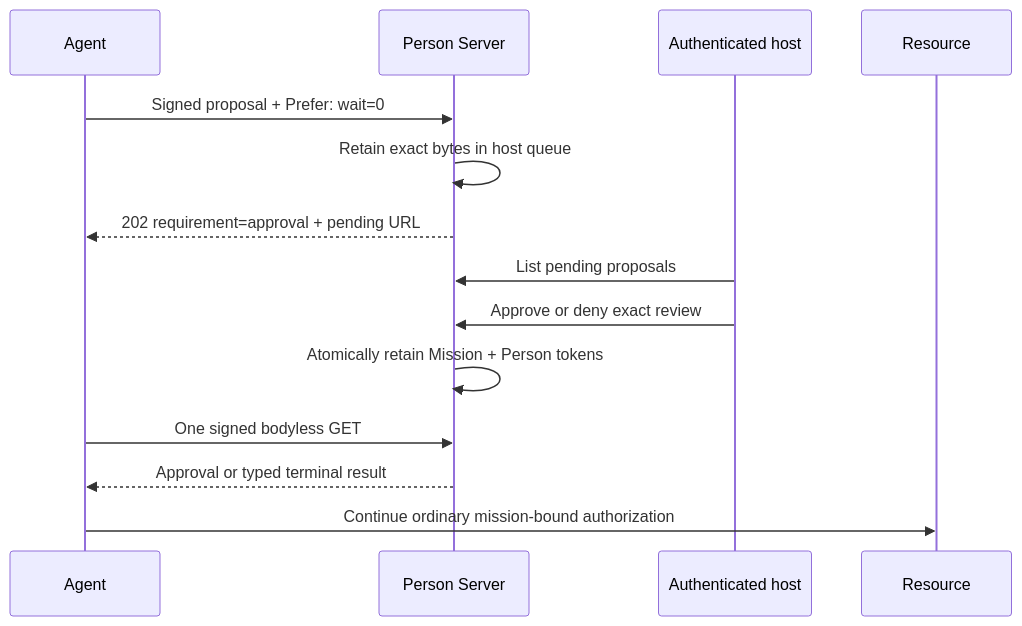
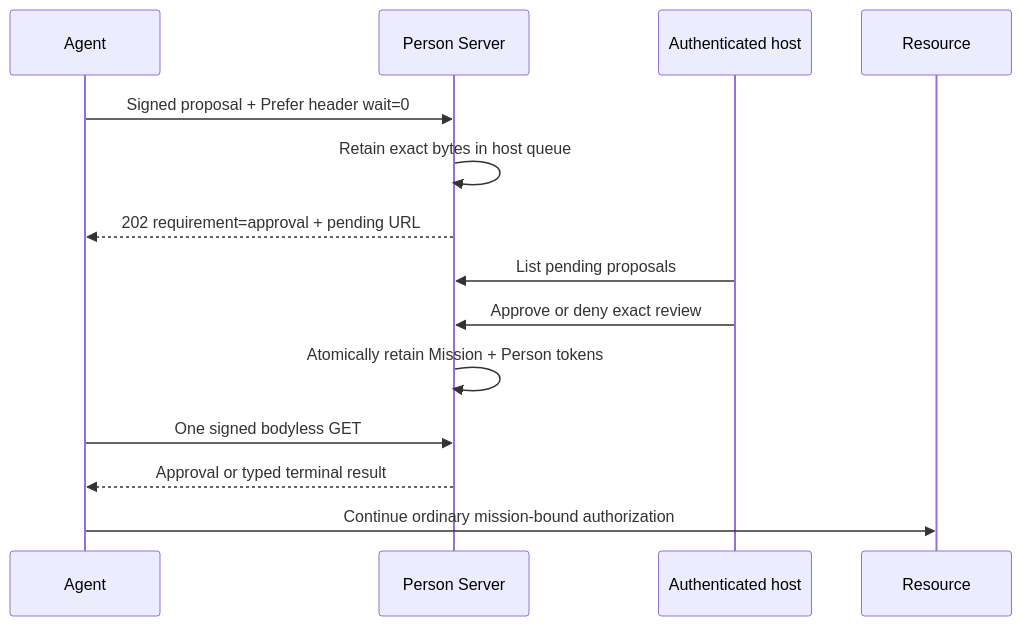
Before and after one commit to sidecat-dev/aauth-go: the third of 11 diagrams in PROTOCOL.md, drawn with Mermaid. The commit also changed other lines of this file and 14 other files, not shown here.

First line of the commit message:
docs: make every mermaid diagram render on GitLab

````diff
--- a/PROTOCOL.md
+++ b/PROTOCOL.md
@@ -213,16 +213,16 @@
 ```mermaid
 sequenceDiagram
     participant A as Agent
     participant PS as Person Server
     participant H as Authenticated host
     participant R as Resource
-    A->>PS: Signed proposal + Prefer: wait=0
-    PS->>PS: Retain exact bytes in host queue
-    PS-->>A: 202 requirement=approval + pending URL
-    H->>PS: List pending proposals
-    H->>PS: Approve or deny exact review
-    PS->>PS: Atomically retain Mission + Person tokens
-    A->>PS: One signed bodyless GET
-    PS-->>A: Approval or typed terminal result
-    A->>R: Continue ordinary mission-bound authorization
+    A->>PS : Signed proposal + Prefer header wait=0
+    PS->>PS : Retain exact bytes in host queue
+    PS-->>A : 202 requirement=approval + pending URL
+    H->>PS : List pending proposals
+    H->>PS : Approve or deny exact review
+    PS->>PS : Atomically retain Mission + Person tokens
+    A->>PS : One signed bodyless GET
+    PS-->>A : Approval or typed terminal result
+    A->>R : Continue ordinary mission-bound authorization
 ```
````
